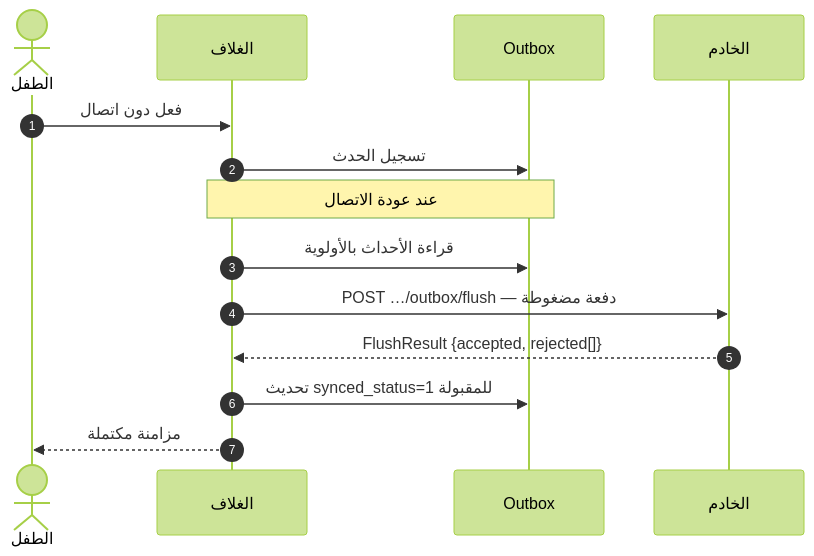
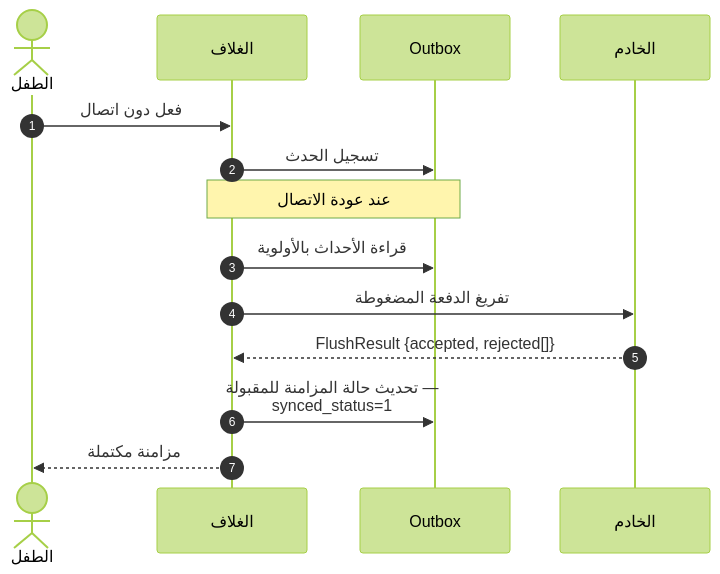
One commit to Bassam-mohammed-alqaeadi/family-os-v2 changed the sixth of 26 diagrams in docs/family-os/governance/phases/phase-1/S1-01-app-shell-and-platform/DIAGRAMS.md. Above: the diagram before and after it, drawn with Mermaid (forest theme). The commit also changed other lines of this file, not shown here.

Commit message:
دفعة الشكل 2 — S1-01: التفاف التسلسلات + تقصير الرسائل + تقسيم DFD والنشاط (مخالفات 27 ← 0، فوق الحد 4 ← 0)

````diff
--- a/docs/family-os/governance/phases/phase-1/S1-01-app-shell-and-platform/DIAGRAMS.md
+++ b/docs/family-os/governance/phases/phase-1/S1-01-app-shell-and-platform/DIAGRAMS.md
@@ -315,16 +322,17 @@
 ```mermaid
+%%{init: {"sequence": {"wrap": true}}}%%
 sequenceDiagram
     autonumber
     actor Child as الطفل
     participant Shell as الغلاف
     participant OB as Outbox
     participant Ktor as الخادم
     Child->>Shell: فعل دون اتصال
     Shell->>OB: تسجيل الحدث
     Note over Shell,OB: عند عودة الاتصال
     Shell->>OB: قراءة الأحداث بالأولوية
-    Shell->>Ktor: POST …/outbox/flush — دفعة مضغوطة
+    Shell->>Ktor: تفريغ الدفعة المضغوطة
     Ktor-->>Shell: FlushResult {accepted, rejected[]}
-    Shell->>OB: تحديث synced_status=1 للمقبولة
+    Shell->>OB: تحديث حالة المزامنة للمقبولة — synced_status=1
     Shell-->>Child: مزامنة مكتملة
 ```
````
